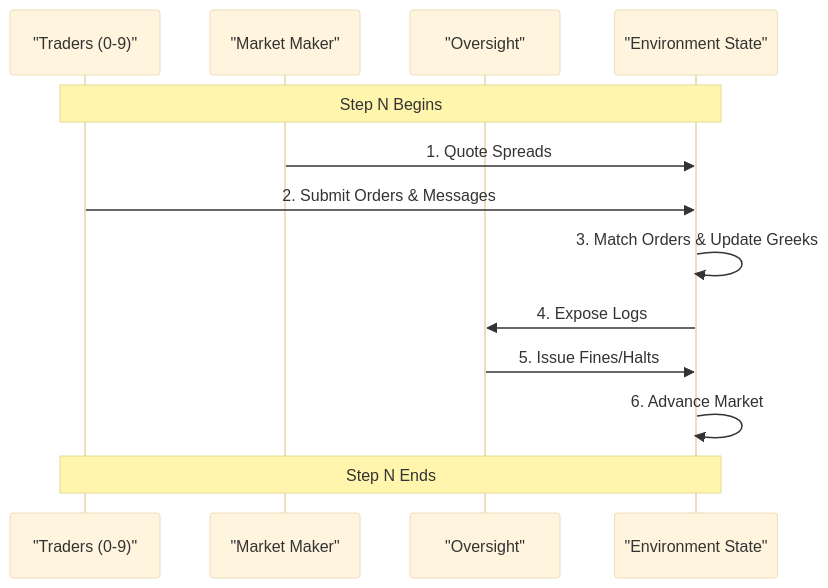
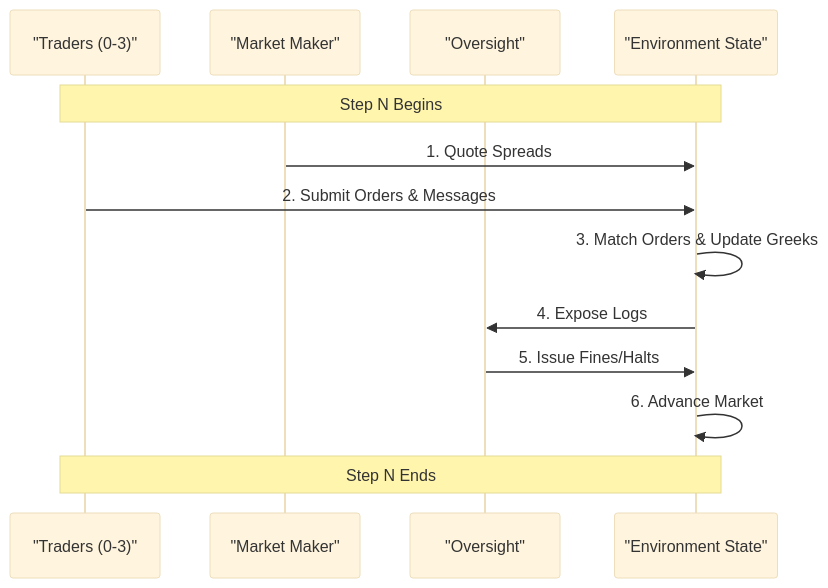
One commit to Rusheel86/Chaos-Economy changed the second of 3 diagrams in README.md. Above: the diagram before and after it, drawn with Mermaid (base theme). The commit also changed other lines of this file and 1 other file, not shown here.

````diff
--- a/README.md
+++ b/README.md
@@ -219,16 +218,16 @@
 ```mermaid
 sequenceDiagram
-    participant T as "Traders (0-9)"
+    participant T as "Traders (0-3)"
     participant MM as "Market Maker"
     participant SEC as "Oversight"
     participant ENV as "Environment State"
 
     Note over T, ENV: Step N Begins
     MM->>ENV: 1. Quote Spreads
     T->>ENV: 2. Submit Orders & Messages
     ENV->>ENV: 3. Match Orders & Update Greeks
     ENV->>SEC: 4. Expose Logs
     SEC->>ENV: 5. Issue Fines/Halts
     ENV->>ENV: 6. Advance Market
     Note over T, ENV: Step N Ends
 ```
````
